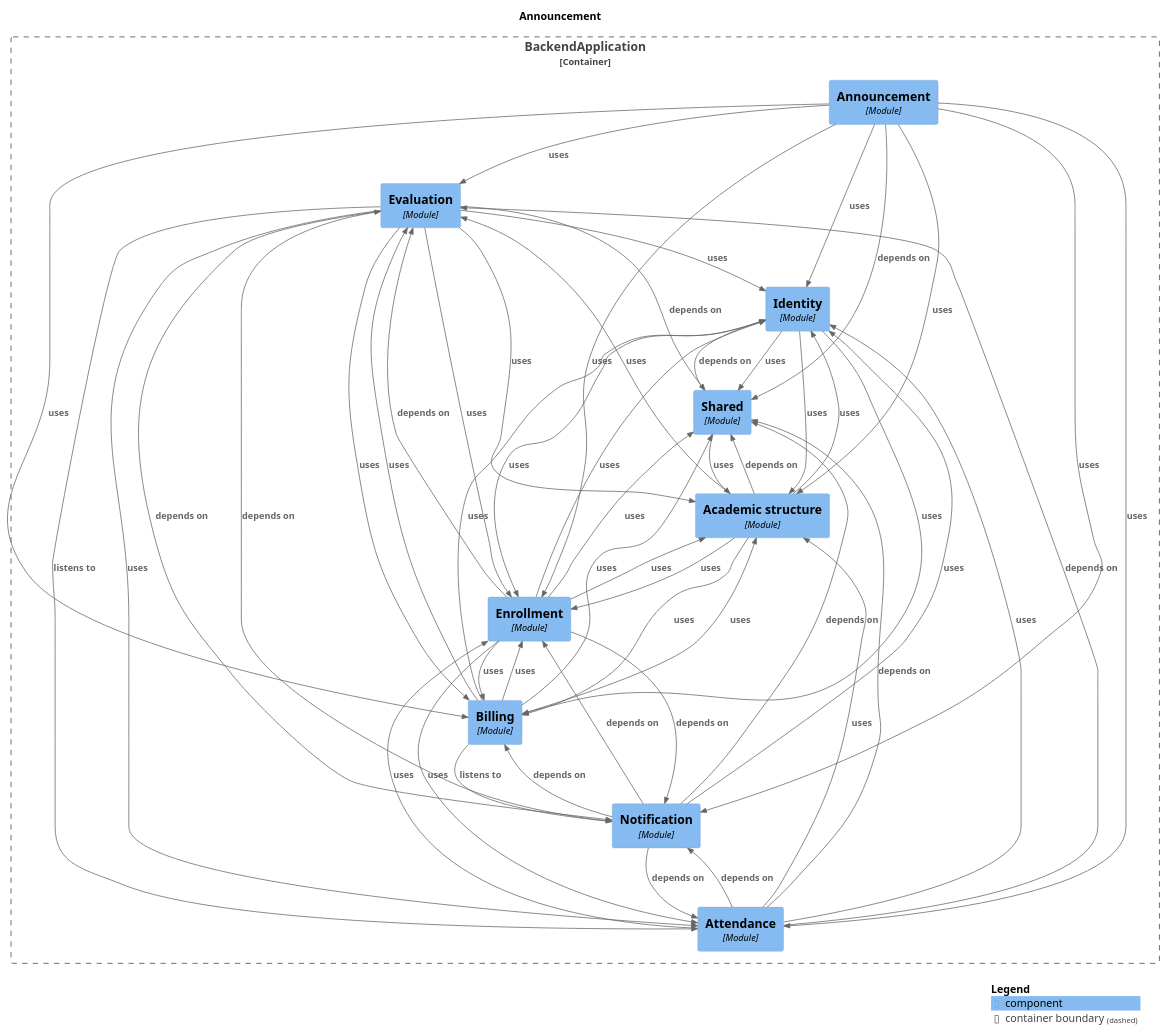
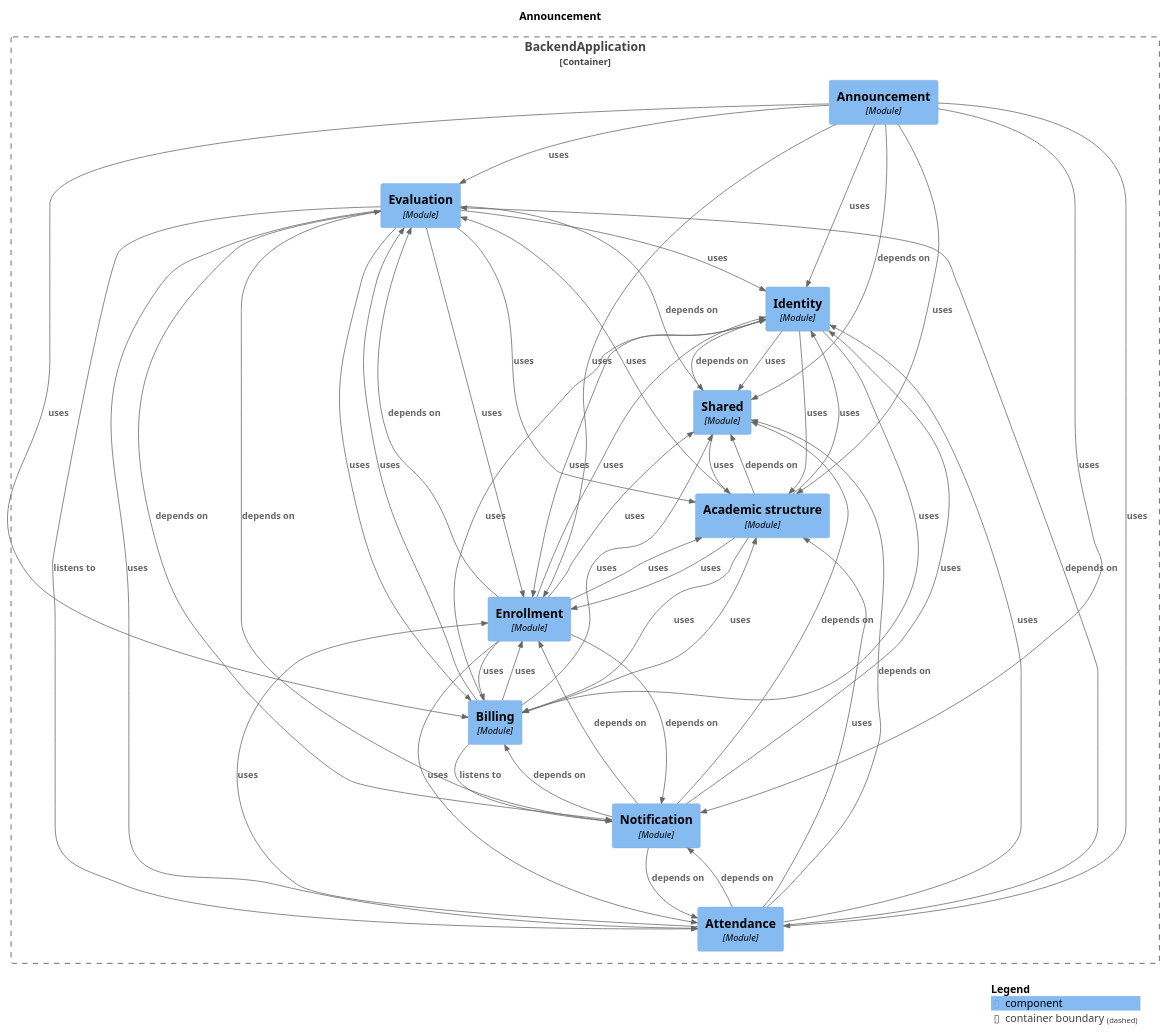
One commit to Gabriel030/agustina-bermejo-app changed the diagram in docs/architecture/module-announcement.puml. Above: the diagram before and after it, drawn with PlantUML. The commit also changed other lines of this file and 14 other files, not shown here.

Commit message:
Refactor M0: docs de modulos solo con flag y deterministas; regla de inversion enrollment/billing (D-185)

```diff
--- a/docs/architecture/module-announcement.puml
+++ b/docs/architecture/module-announcement.puml
@@ -20,58 +20,58 @@
   Component(BackendApplication.BackendApplication.Enrollment, "Enrollment", $techn="Module", $descr="", $tags="", $link="")
 }
 
+Rel(BackendApplication.BackendApplication.Academicstructure, BackendApplication.BackendApplication.Billing, "uses", $techn="", $tags="", $link="")
+Rel(BackendApplication.BackendApplication.Academicstructure, BackendApplication.BackendApplication.Enrollment, "uses", $techn="", $tags="", $link="")
+Rel(BackendApplication.BackendApplication.Academicstructure, BackendApplication.BackendApplication.Evaluation, "uses", $techn="", $tags="", $link="")
+Rel(BackendApplication.BackendApplication.Academicstructure, BackendApplication.BackendApplication.Identity, "uses", $techn="", $tags="", $link="")
+Rel(BackendApplication.BackendApplication.Academicstructure, BackendApplication.BackendApplication.Shared, "depends on", $techn="", $tags="", $link="")
+Rel(BackendApplication.BackendApplication.Announcement, BackendApplication.BackendApplication.Academicstructure, "uses", $techn="", $tags="", $link="")
+Rel(BackendApplication.BackendApplication.Announcement, BackendApplication.BackendApplication.Attendance, "uses", $techn="", $tags="", $link="")
+Rel(BackendApplication.BackendApplication.Announcement, BackendApplication.BackendApplication.Billing, "uses", $techn="", $tags="", $link="")
+Rel(BackendApplication.BackendApplication.Announcement, BackendApplication.BackendApplication.Enrollment, "uses", $techn="", $tags="", $link="")
+Rel(BackendApplication.BackendApplication.Announcement, BackendApplication.BackendApplication.Evaluation, "uses", $techn="", $tags="", $link="")
+Rel(BackendApplication.BackendApplication.Announcement, BackendApplication.BackendApplication.Identity, "uses", $techn="", $tags="", $link="")
+Rel(BackendApplication.BackendApplication.Announcement, BackendApplication.BackendApplication.Notification, "uses", $techn="", $tags="", $link="")
+Rel(BackendApplication.BackendApplication.Announcement, BackendApplication.BackendApplication.Shared, "depends on", $techn="", $tags="", $link="")
+Rel(BackendApplication.BackendApplication.Attendance, BackendApplication.BackendApplication.Academicstructure, "uses", $techn="", $tags="", $link="")
+Rel(BackendApplication.BackendApplication.Attendance, BackendApplication.BackendApplication.Enrollment, "uses", $techn="", $tags="", $link="")
+Rel(BackendApplication.BackendApplication.Attendance, BackendApplication.BackendApplication.Evaluation, "depends on", $techn="", $tags="", $link="")
+Rel(BackendApplication.BackendApplication.Attendance, BackendApplication.BackendApplication.Identity, "uses", $techn="", $tags="", $link="")
+Rel(BackendApplication.BackendApplication.Attendance, BackendApplication.BackendApplication.Notification, "depends on", $techn="", $tags="", $link="")
+Rel(BackendApplication.BackendApplication.Attendance, BackendApplication.BackendApplication.Shared, "depends on", $techn="", $tags="", $link="")
+Rel(BackendApplication.BackendApplication.Billing, BackendApplication.BackendApplication.Academicstructure, "uses", $techn="", $tags="", $link="")
+Rel(BackendApplication.BackendApplication.Billing, BackendApplication.BackendApplication.Enrollment, "uses", $techn="", $tags="", $link="")
+Rel(BackendApplication.BackendApplication.Billing, BackendApplication.BackendApplication.Evaluation, "uses", $techn="", $tags="", $link="")
+Rel(BackendApplication.BackendApplication.Billing, BackendApplication.BackendApplication.Identity, "uses", $techn="", $tags="", $link="")
+Rel(BackendApplication.BackendApplication.Billing, BackendApplication.BackendApplication.Notification, "listens to", $techn="", $tags="", $link="")
+Rel(BackendApplication.BackendApplication.Billing, BackendApplication.BackendApplication.Shared, "uses", $techn="", $tags="", $link="")
 Rel(BackendApplication.BackendApplication.Enrollment, BackendApplication.BackendApplication.Academicstructure, "uses", $techn="", $tags="", $link="")
 Rel(BackendApplication.BackendApplication.Enrollment, BackendApplication.BackendApplication.Attendance, "uses", $techn="", $tags="", $link="")
+Rel(BackendApplication.BackendApplication.Enrollment, BackendApplication.BackendApplication.Billing, "uses", $techn="", $tags="", $link="")
+Rel(BackendApplication.BackendApplication.Enrollment, BackendApplication.BackendApplication.Evaluation, "depends on", $techn="", $tags="", $link="")
+Rel(BackendApplication.BackendApplication.Enrollment, BackendApplication.BackendApplication.Identity, "uses", $techn="", $tags="", $link="")
+Rel(BackendApplication.BackendApplication.Enrollment, BackendApplication.BackendApplication.Notification, "depends on", $techn="", $tags="", $link="")
 Rel(BackendApplication.BackendApplication.Enrollment, BackendApplication.BackendApplication.Shared, "uses", $techn="", $tags="", $link="")
-Rel(BackendApplication.BackendApplication.Announcement, BackendApplication.BackendApplication.Shared, "depends on", $techn="", $tags="", $link="")
-Rel(BackendApplication.BackendApplication.Announcement, BackendApplication.BackendApplication.Billing, "uses", $techn="", $tags="", $link="")
-Rel(BackendApplication.BackendApplication.Announcement, BackendApplication.BackendApplication.Academicstructure, "uses", $techn="", $tags="", $link="")
-Rel(BackendApplication.BackendApplication.Announcement, BackendApplication.BackendApplication.Enrollment, "uses", $techn="", $tags="", $link="")
-Rel(BackendApplication.BackendApplication.Announcement, BackendApplication.BackendApplication.Evaluation, "uses", $techn="", $tags="", $link="")
-Rel(BackendApplication.BackendApplication.Announcement, BackendApplication.BackendApplication.Attendance, "uses", $techn="", $tags="", $link="")
-Rel(BackendApplication.BackendApplication.Announcement, BackendApplication.BackendApplication.Notification, "uses", $techn="", $tags="", $link="")
-Rel(BackendApplication.BackendApplication.Announcement, BackendApplication.BackendApplication.Identity, "uses", $techn="", $tags="", $link="")
-Rel(BackendApplication.BackendApplication.Academicstructure, BackendApplication.BackendApplication.Shared, "depends on", $techn="", $tags="", $link="")
-Rel(BackendApplication.BackendApplication.Academicstructure, BackendApplication.BackendApplication.Enrollment, "uses", $techn="", $tags="", $link="")
-Rel(BackendApplication.BackendApplication.Academicstructure, BackendApplication.BackendApplication.Billing, "uses", $techn="", $tags="", $link="")
-Rel(BackendApplication.BackendApplication.Academicstructure, BackendApplication.BackendApplication.Identity, "uses", $techn="", $tags="", $link="")
-Rel(BackendApplication.BackendApplication.Academicstructure, BackendApplication.BackendApplication.Evaluation, "uses", $techn="", $tags="", $link="")
-Rel(BackendApplication.BackendApplication.Billing, BackendApplication.BackendApplication.Notification, "listens to", $techn="", $tags="", $link="")
-Rel(BackendApplication.BackendApplication.Billing, BackendApplication.BackendApplication.Identity, "uses", $techn="", $tags="", $link="")
-Rel(BackendApplication.BackendApplication.Billing, BackendApplication.BackendApplication.Enrollment, "uses", $techn="", $tags="", $link="")
-Rel(BackendApplication.BackendApplication.Billing, BackendApplication.BackendApplication.Shared, "uses", $techn="", $tags="", $link="")
-Rel(BackendApplication.BackendApplication.Billing, BackendApplication.BackendApplication.Academicstructure, "uses", $techn="", $tags="", $link="")
-Rel(BackendApplication.BackendApplication.Billing, BackendApplication.BackendApplication.Evaluation, "uses", $techn="", $tags="", $link="")
-Rel(BackendApplication.BackendApplication.Shared, BackendApplication.BackendApplication.Identity, "depends on", $techn="", $tags="", $link="")
-Rel(BackendApplication.BackendApplication.Shared, BackendApplication.BackendApplication.Academicstructure, "uses", $techn="", $tags="", $link="")
-Rel(BackendApplication.BackendApplication.Identity, BackendApplication.BackendApplication.Shared, "uses", $techn="", $tags="", $link="")
+Rel(BackendApplication.BackendApplication.Evaluation, BackendApplication.BackendApplication.Academicstructure, "uses", $techn="", $tags="", $link="")
+Rel(BackendApplication.BackendApplication.Evaluation, BackendApplication.BackendApplication.Attendance, "listens to", $techn="", $tags="", $link="")
+Rel(BackendApplication.BackendApplication.Evaluation, BackendApplication.BackendApplication.Attendance, "uses", $techn="", $tags="", $link="")
+Rel(BackendApplication.BackendApplication.Evaluation, BackendApplication.BackendApplication.Billing, "uses", $techn="", $tags="", $link="")
+Rel(BackendApplication.BackendApplication.Evaluation, BackendApplication.BackendApplication.Enrollment, "uses", $techn="", $tags="", $link="")
+Rel(BackendApplication.BackendApplication.Evaluation, BackendApplication.BackendApplication.Identity, "uses", $techn="", $tags="", $link="")
+Rel(BackendApplication.BackendApplication.Evaluation, BackendApplication.BackendApplication.Notification, "depends on", $techn="", $tags="", $link="")
+Rel(BackendApplication.BackendApplication.Evaluation, BackendApplication.BackendApplication.Shared, "depends on", $techn="", $tags="", $link="")
+Rel(BackendApplication.BackendApplication.Identity, BackendApplication.BackendApplication.Academicstructure, "uses", $techn="", $tags="", $link="")
 Rel(BackendApplication.BackendApplication.Identity, BackendApplication.BackendApplication.Billing, "uses", $techn="", $tags="", $link="")
 Rel(BackendApplication.BackendApplication.Identity, BackendApplication.BackendApplication.Enrollment, "uses", $techn="", $tags="", $link="")
-Rel(BackendApplication.BackendApplication.Identity, BackendApplication.BackendApplication.Academicstructure, "uses", $techn="", $tags="", $link="")
-Rel(BackendApplication.BackendApplication.Attendance, BackendApplication.BackendApplication.Shared, "depends on", $techn="", $tags="", $link="")
-Rel(BackendApplication.BackendApplication.Attendance, BackendApplication.BackendApplication.Evaluation, "depends on", $techn="", $tags="", $link="")
-Rel(BackendApplication.BackendApplication.Attendance, BackendApplication.BackendApplication.Notification, "depends on", $techn="", $tags="", $link="")
-Rel(BackendApplication.BackendApplication.Attendance, BackendApplication.BackendApplication.Academicstructure, "uses", $techn="", $tags="", $link="")
-Rel(BackendApplication.BackendApplication.Attendance, BackendApplication.BackendApplication.Enrollment, "uses", $techn="", $tags="", $link="")
-Rel(BackendApplication.BackendApplication.Attendance, BackendApplication.BackendApplication.Identity, "uses", $techn="", $tags="", $link="")
-Rel(BackendApplication.BackendApplication.Evaluation, BackendApplication.BackendApplication.Attendance, "listens to", $techn="", $tags="", $link="")
-Rel(BackendApplication.BackendApplication.Evaluation, BackendApplication.BackendApplication.Shared, "depends on", $techn="", $tags="", $link="")
-Rel(BackendApplication.BackendApplication.Evaluation, BackendApplication.BackendApplication.Notification, "depends on", $techn="", $tags="", $link="")
-Rel(BackendApplication.BackendApplication.Evaluation, BackendApplication.BackendApplication.Academicstructure, "uses", $techn="", $tags="", $link="")
-Rel(BackendApplication.BackendApplication.Evaluation, BackendApplication.BackendApplication.Identity, "uses", $techn="", $tags="", $link="")
-Rel(BackendApplication.BackendApplication.Evaluation, BackendApplication.BackendApplication.Enrollment, "uses", $techn="", $tags="", $link="")
-Rel(BackendApplication.BackendApplication.Evaluation, BackendApplication.BackendApplication.Attendance, "uses", $techn="", $tags="", $link="")
-Rel(BackendApplication.BackendApplication.Evaluation, BackendApplication.BackendApplication.Billing, "uses", $techn="", $tags="", $link="")
+Rel(BackendApplication.BackendApplication.Identity, BackendApplication.BackendApplication.Shared, "uses", $techn="", $tags="", $link="")
 Rel(BackendApplication.BackendApplication.Notification, BackendApplication.BackendApplication.Attendance, "depends on", $techn="", $tags="", $link="")
+Rel(BackendApplication.BackendApplication.Notification, BackendApplication.BackendApplication.Billing, "depends on", $techn="", $tags="", $link="")
 Rel(BackendApplication.BackendApplication.Notification, BackendApplication.BackendApplication.Enrollment, "depends on", $techn="", $tags="", $link="")
-Rel(BackendApplication.BackendApplication.Notification, BackendApplication.BackendApplication.Billing, "depends on", $techn="", $tags="", $link="")
 Rel(BackendApplication.BackendApplication.Notification, BackendApplication.BackendApplication.Evaluation, "depends on", $techn="", $tags="", $link="")
+Rel(BackendApplication.BackendApplication.Notification, BackendApplication.BackendApplication.Identity, "uses", $techn="", $tags="", $link="")
 Rel(BackendApplication.BackendApplication.Notification, BackendApplication.BackendApplication.Shared, "depends on", $techn="", $tags="", $link="")
-Rel(BackendApplication.BackendApplication.Notification, BackendApplication.BackendApplication.Identity, "uses", $techn="", $tags="", $link="")
-Rel(BackendApplication.BackendApplication.Enrollment, BackendApplication.BackendApplication.Evaluation, "depends on", $techn="", $tags="", $link="")
-Rel(BackendApplication.BackendApplication.Enrollment, BackendApplication.BackendApplication.Notification, "depends on", $techn="", $tags="", $link="")
-Rel(BackendApplication.BackendApplication.Enrollment, BackendApplication.BackendApplication.Billing, "uses", $techn="", $tags="", $link="")
-Rel(BackendApplication.BackendApplication.Enrollment, BackendApplication.BackendApplication.Identity, "uses", $techn="", $tags="", $link="")
+Rel(BackendApplication.BackendApplication.Shared, BackendApplication.BackendApplication.Academicstructure, "uses", $techn="", $tags="", $link="")
+Rel(BackendApplication.BackendApplication.Shared, BackendApplication.BackendApplication.Identity, "depends on", $techn="", $tags="", $link="")
 
 SHOW_LEGEND(true)
 @enduml
```
